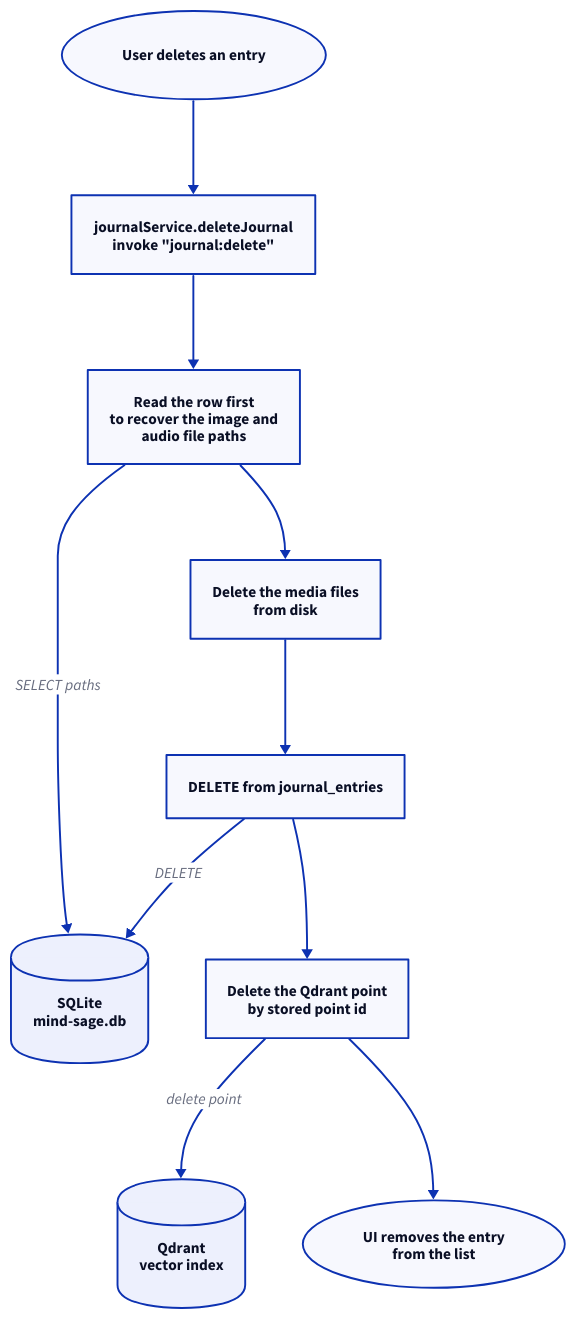
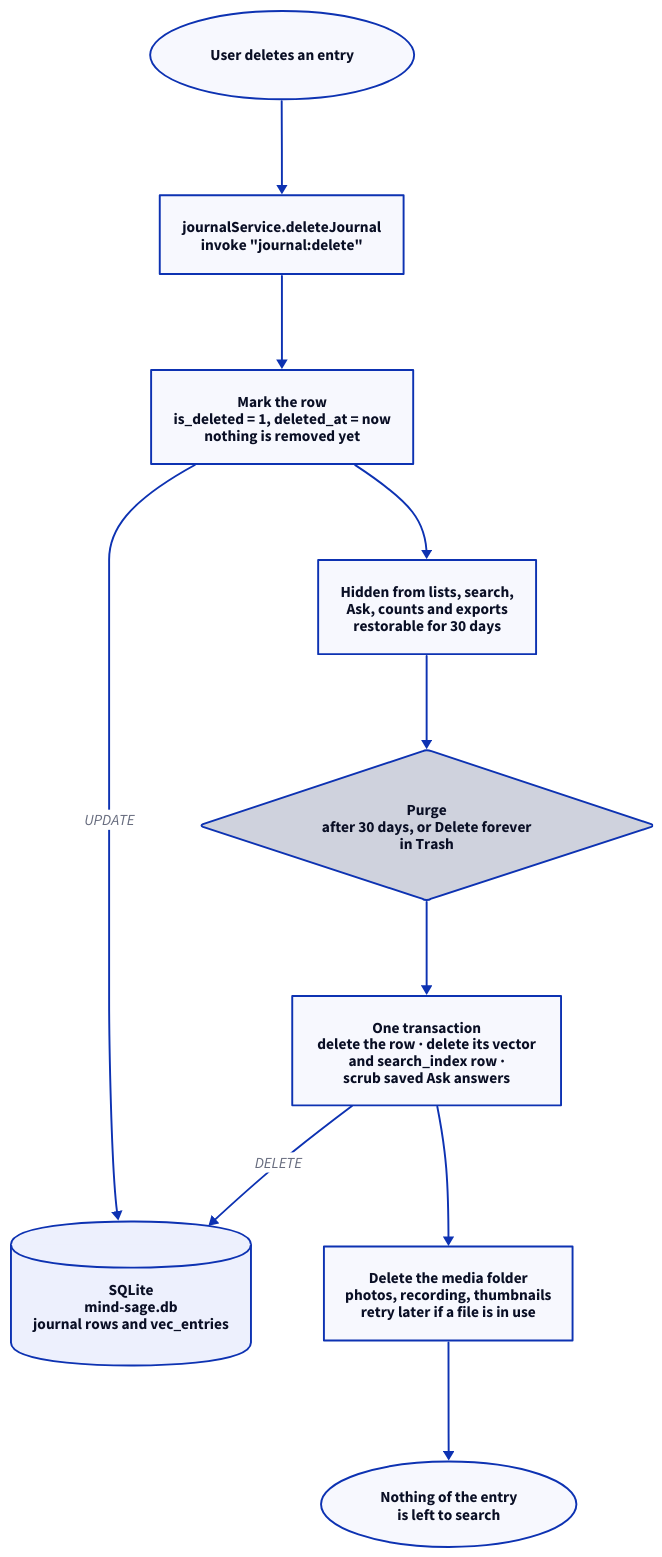
The diagram in assets/diagrams/src/delete-journal.d2 (Arinaymaybhaskar/MindSage_desktop_app), drawn with D2 before and after one commit. The commit also changed 37 other files, not shown here.

First line of the commit message:
chore(search): remove Qdrant leftovers from the UI, diagrams and README

```diff
--- a/assets/diagrams/src/delete-journal.d2
+++ b/assets/diagrams/src/delete-journal.d2
@@ -1,53 +1,54 @@
-# Deleting a journal entry, including the media and vector cleanup that has to
-# happen alongside the row. Derived from electron/methods/journal.js.
+# Deleting a journal entry: the trash first, then the purge that removes the
+# row, its media and its search vector together. Derived from
+# electron/methods/journal.js, electron/db/trash.js and electron/methods/trash.js.
 
 direction: down
 
 del: "User deletes an entry" {
   shape: oval
   style.stroke-width: 2
 }
 
 ipc: "journalService.deleteJournal\ninvoke \"journal:delete\"" {
   style.stroke-width: 2
 }
 
-fetch: "Read the row first\nto recover the image and\naudio file paths" {
+mark: "Mark the row\nis_deleted = 1, deleted_at = now\nnothing is removed yet" {
   style.stroke-width: 2
 }
 
-files: "Delete the media files\nfrom disk" {
+hidden: "Hidden from lists, search,\nAsk, counts and exports\nrestorable for 30 days" {
   style.stroke-width: 2
 }
 
-row: "DELETE from journal_entries" {
+purge: "Purge\nafter 30 days, or Delete forever\nin Trash" {
+  shape: diamond
   style.stroke-width: 2
 }
 
-point: "Delete the Qdrant point\nby stored point id" {
+tx: "One transaction\ndelete the row · delete its vector\nand search_index row ·\nscrub saved Ask answers" {
   style.stroke-width: 2
 }
 
-sqlite: "SQLite\nmind-sage.db" {
+files: "Delete the media folder\nphotos, recording, thumbnails\nretry later if a file is in use" {
+  style.stroke-width: 2
+}
+
+sqlite: "SQLite\nmind-sage.db\njournal rows and vec_entries" {
   shape: cylinder
   style.stroke-width: 2
 }
 
-qdrant: "Qdrant\nvector index" {
-  shape: cylinder
-  style.stroke-width: 2
-}
-
-done: "UI removes the entry\nfrom the list" {
+done: "Nothing of the entry\nis left to search" {
   shape: oval
   style.stroke-width: 2
 }
 
-del -> ipc -> fetch
-fetch -> sqlite: "SELECT paths"
-fetch -> files
-files -> row
-row -> sqlite: "DELETE"
-row -> point
-point -> qdrant: "delete point"
-point -> done
+del -> ipc -> mark
+mark -> sqlite: "UPDATE"
+mark -> hidden
+hidden -> purge
+purge -> tx
+tx -> sqlite: "DELETE"
+tx -> files
+files -> done
```
